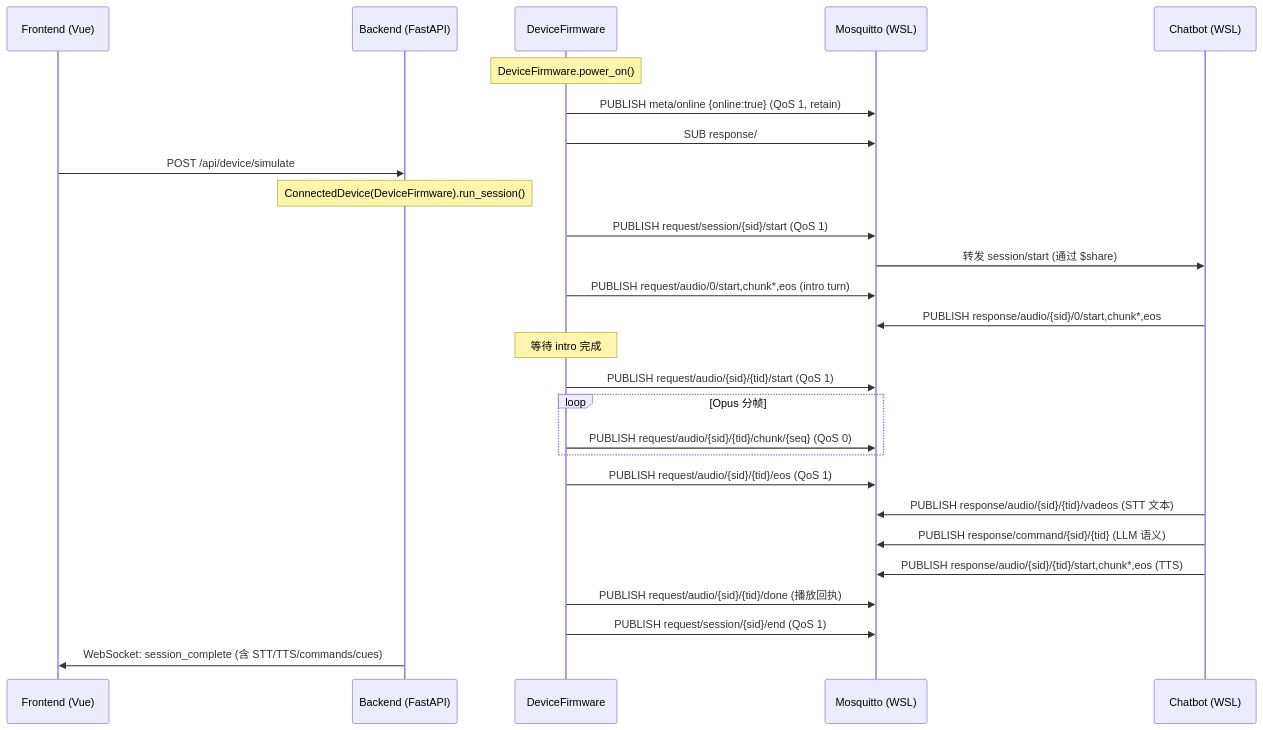
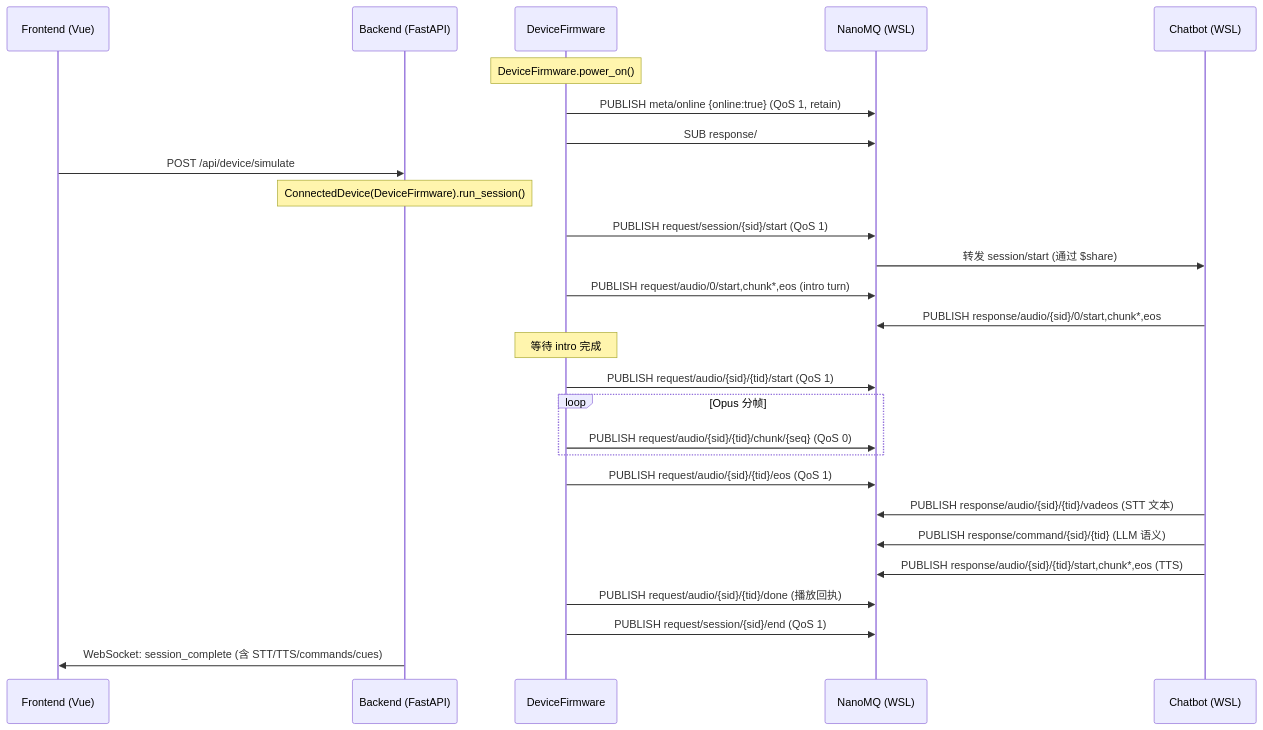
The second of 2 diagrams in docs/22-mqtt-simulation.md (zebbingo/resonova), drawn with Mermaid before and after one commit. The commit also changed other lines of this file and 7 other files, not shown here.

````diff
--- a/docs/22-mqtt-simulation.md
+++ b/docs/22-mqtt-simulation.md
@@ -77,36 +77,36 @@
 ```mermaid
 sequenceDiagram
     participant F as Frontend (Vue)
     participant B as Backend (FastAPI)
     participant D as DeviceFirmware
-    participant M as Mosquitto (WSL)
+    participant M as NanoMQ (WSL)
     participant C as Chatbot (WSL)
     
     Note over D: DeviceFirmware.power_on()
     D->>M: PUBLISH meta/online {online:true} (QoS 1, retain)
     D->>M: SUB response/#, state/desired, ota/desired
     
     F->>B: POST /api/device/simulate
     Note over B: ConnectedDevice(DeviceFirmware).run_session()
     
     D->>M: PUBLISH request/session/{sid}/start (QoS 1)
     M->>C: 转发 session/start (通过 $share)
     D->>M: PUBLISH request/audio/0/start,chunk*,eos (intro turn)
     C->>M: PUBLISH response/audio/{sid}/0/start,chunk*,eos
     Note over D: 等待 intro 完成
     
     D->>M: PUBLISH request/audio/{sid}/{tid}/start (QoS 1)
     loop Opus 分帧
         D->>M: PUBLISH request/audio/{sid}/{tid}/chunk/{seq} (QoS 0)
     end
     D->>M: PUBLISH request/audio/{sid}/{tid}/eos (QoS 1)
     
     C->>M: PUBLISH response/audio/{sid}/{tid}/vadeos (STT 文本)
     C->>M: PUBLISH response/command/{sid}/{tid} (LLM 语义)
     C->>M: PUBLISH response/audio/{sid}/{tid}/start,chunk*,eos (TTS)
     D->>M: PUBLISH request/audio/{sid}/{tid}/done (播放回执)
     
     D->>M: PUBLISH request/session/{sid}/end (QoS 1)
     
     B->>F: WebSocket: session_complete (含 STT/TTS/commands/cues)
 ```
````
